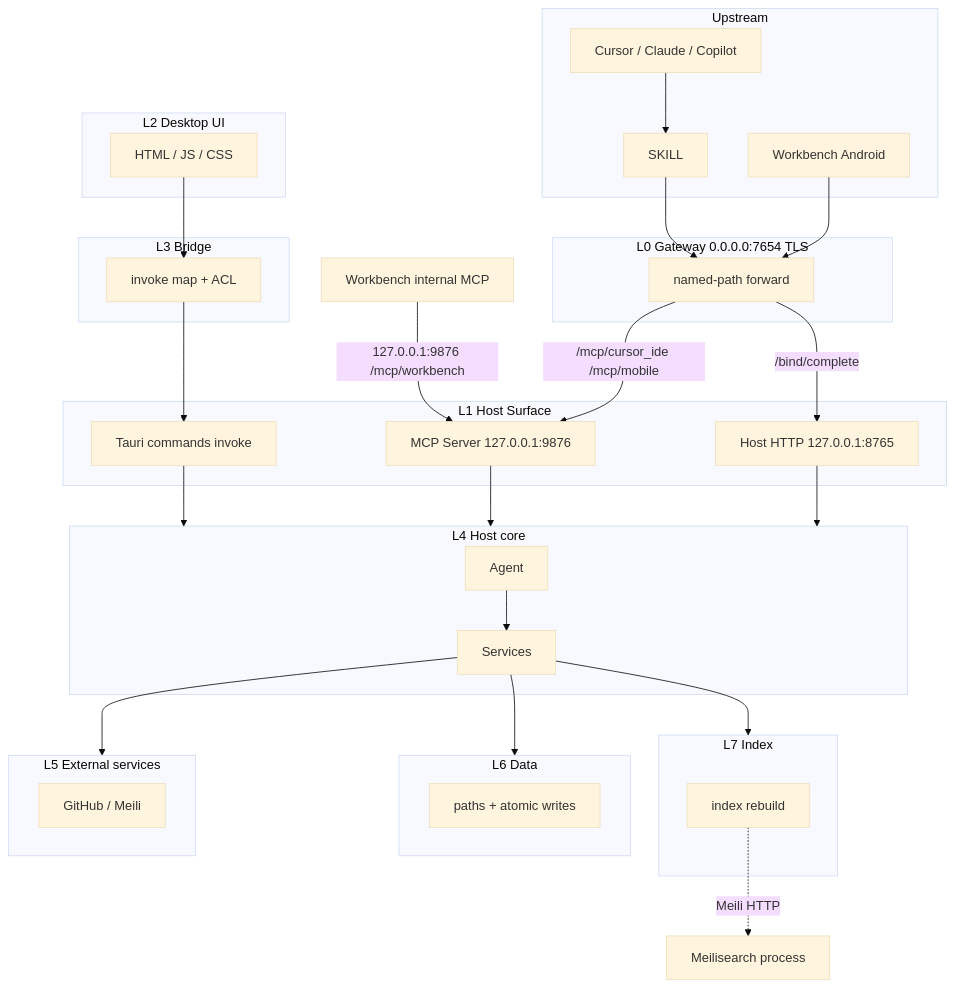
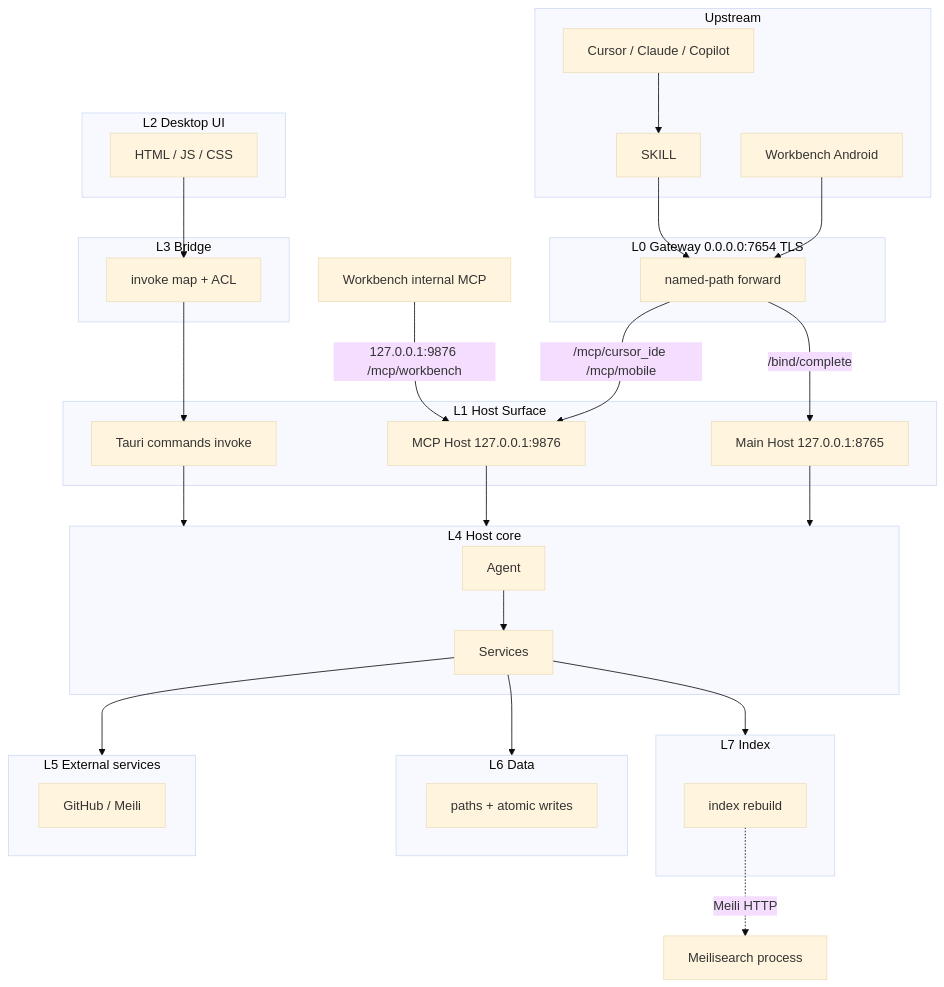
Before and after one commit to lulufoo/lulu-spark: the diagram in docs/architecture/arch-layer-constraints.md, drawn with Mermaid (base theme). The commit also changed other lines of this file and 27 other files, not shown here.

First line of the commit message:
refactor(architecture): extract Main Host from Services

````diff
--- a/docs/architecture/arch-layer-constraints.md
+++ b/docs/architecture/arch-layer-constraints.md
@@ -7,61 +7,61 @@
 ```mermaid
 flowchart TB
   subgraph UP["Upstream"]
     IDE[Cursor / Claude / Copilot]
     SKILL[SKILL]
     AND[Workbench Android]
   end
 
   subgraph L0["L0 Gateway  0.0.0.0:7654 TLS"]
     GW[named-path forward]
   end
 
   subgraph L2["L2 Desktop UI"]
     UI[HTML / JS / CSS]
   end
 
   subgraph L3["L3 Bridge"]
     BR[invoke map + ACL]
   end
 
   subgraph L1["L1 Host Surface"]
-    MCP["MCP Server  127.0.0.1:9876"]
-    HTTP["Host HTTP  127.0.0.1:8765"]
+    MCP["MCP Host  127.0.0.1:9876"]
+    MAIN["Main Host  127.0.0.1:8765"]
     CMD["Tauri commands  invoke"]
   end
 
   subgraph L4["L4 Host core"]
     AGT[Agent]
     SVC[Services]
   end
 
   subgraph L5["L5 External services"]
     INT[GitHub / Meili]
   end
 
   subgraph L6["L6 Data"]
     REPO[paths + atomic writes]
   end
 
   subgraph L7["L7 Index"]
     IDX[index rebuild]
   end
 
   INTMCP[Workbench internal MCP]
   MEILI[Meilisearch process]
 
   IDE --> SKILL --> GW
   AND --> GW
   GW -->|/mcp/cursor_ide /mcp/mobile| MCP
-  GW -->|/bind/complete| HTTP
+  GW -->|/bind/complete| MAIN
   INTMCP -->|127.0.0.1:9876 /mcp/workbench| MCP
   UI --> BR --> CMD
   MCP --> L4
-  HTTP --> L4
+  MAIN --> L4
   CMD --> L4
   AGT --> SVC
   SVC --> L5
   SVC --> L6
   SVC --> L7
   IDX -.->|Meili HTTP| MEILI
 ```
````
